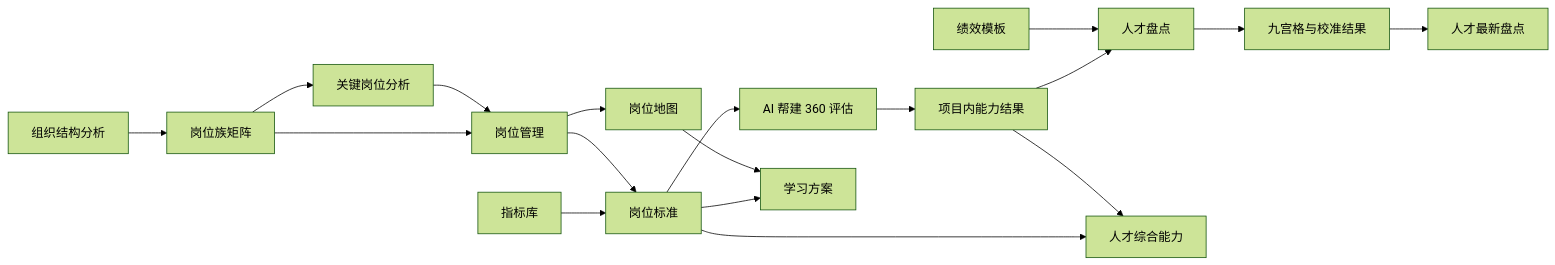
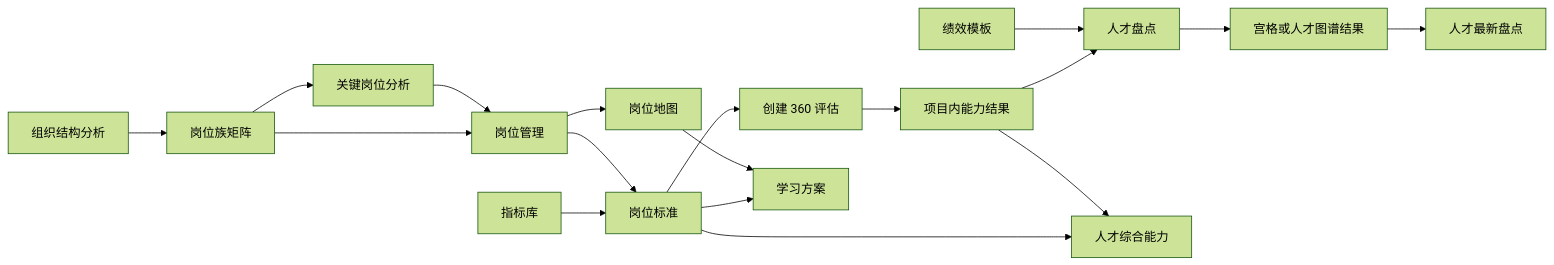
Before and after one commit to 6jinfu/zstd_amis: the diagram in newprd/11_人才发展系统_当前版本PRD.md, drawn with Mermaid (forest theme). The commit also changed other lines of this file and 50 other files, not shown here.

````diff
--- a/newprd/11_人才发展系统_当前版本PRD.md
+++ b/newprd/11_人才发展系统_当前版本PRD.md
@@ -118,20 +120,20 @@
 ```mermaid
 flowchart LR
     A[组织结构分析] --> B[岗位族矩阵]
     B --> C[关键岗位分析]
     B --> D[岗位管理]
     C --> D
     E[指标库] --> F[岗位标准]
     D --> F
-    F --> G[AI 帮建 360 评估]
+    F --> G[创建 360 评估]
     G --> H[项目内能力结果]
     H --> I[人才盘点]
     J[绩效模板] --> I
-    I --> K[九宫格与校准结果]
+    I --> K[宫格或人才图谱结果]
     F --> L[人才综合能力]
     H --> L
     K --> M[人才最新盘点]
     D --> N[岗位地图]
     F --> O[学习方案]
     N --> O
 ```
````
